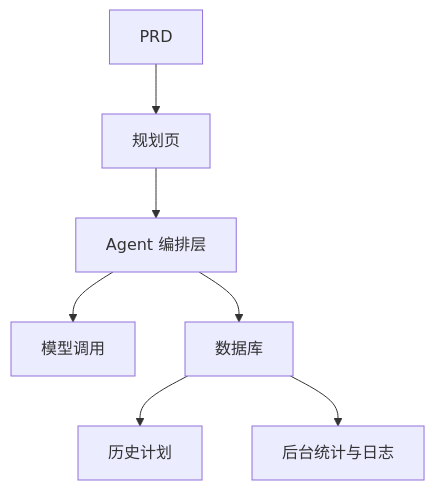
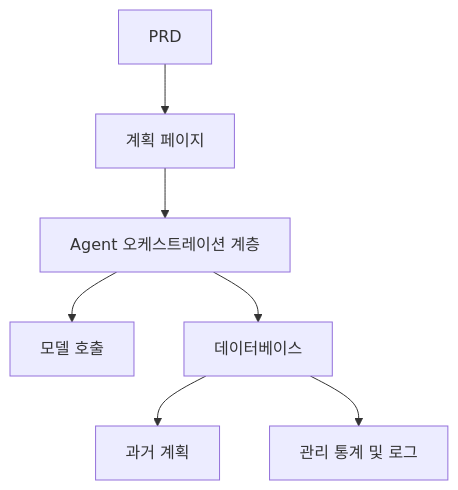
Before and after one commit to sketchymonk/easy-vibe: the diagram in docs/ko-kr/stage-2/assignments/travel-planning-agent-platform/index.md, drawn with Mermaid. The commit also changed other lines of this file and 59 other files, not shown here.

````diff
--- a/docs/ko-kr/stage-2/assignments/travel-planning-agent-platform/index.md
+++ b/docs/ko-kr/stage-2/assignments/travel-planning-agent-platform/index.md
@@ -71,9 +71,9 @@
 ```mermaid
 flowchart TD
-  prd["PRD"] --> planner["规划页"]
-  planner --> agent["Agent 编排层"]
-  agent --> model["模型调用"]
-  agent --> db["数据库"]
-  db --> history["历史计划"]
-  db --> admin["后台统计与日志"]
+  prd["PRD"] --> planner["계획 페이지"]
+  planner --> agent["Agent 오케스트레이션 계층"]
+  agent --> model["모델 호출"]
+  agent --> db["데이터베이스"]
+  db --> history["과거 계획"]
+  db --> admin["관리 통계 및 로그"]
 ```
````
